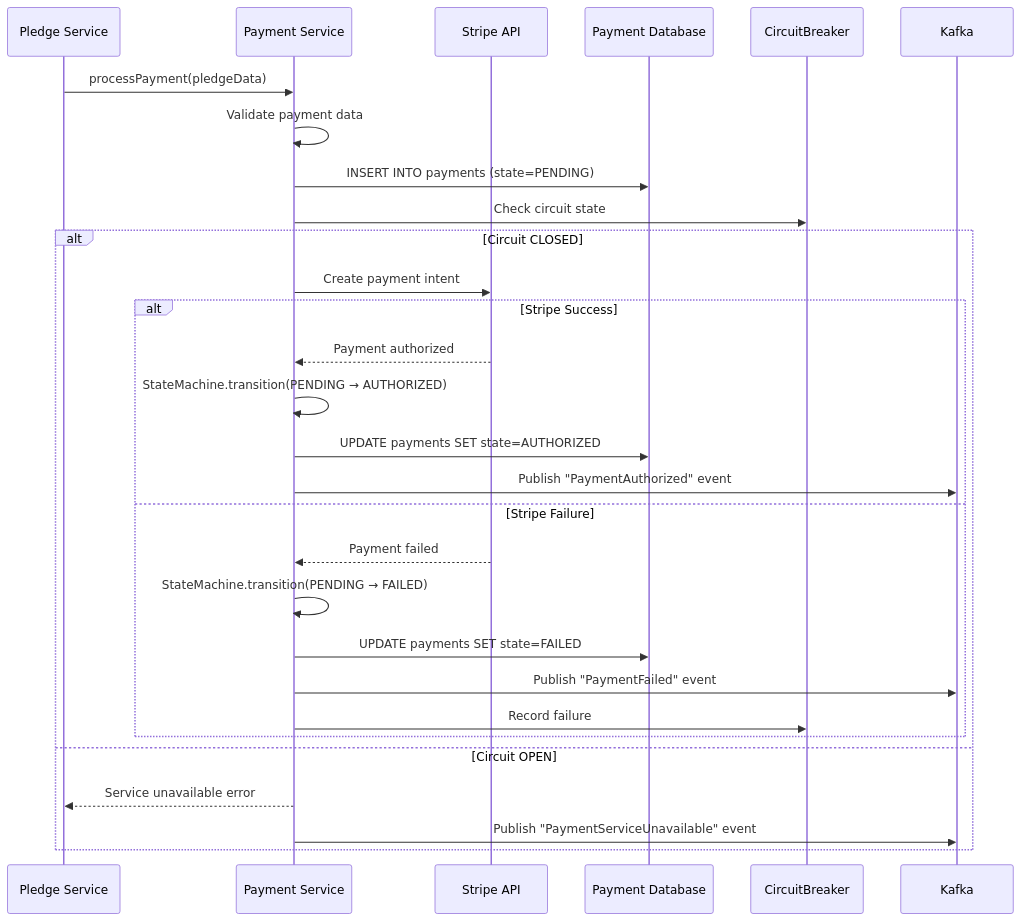
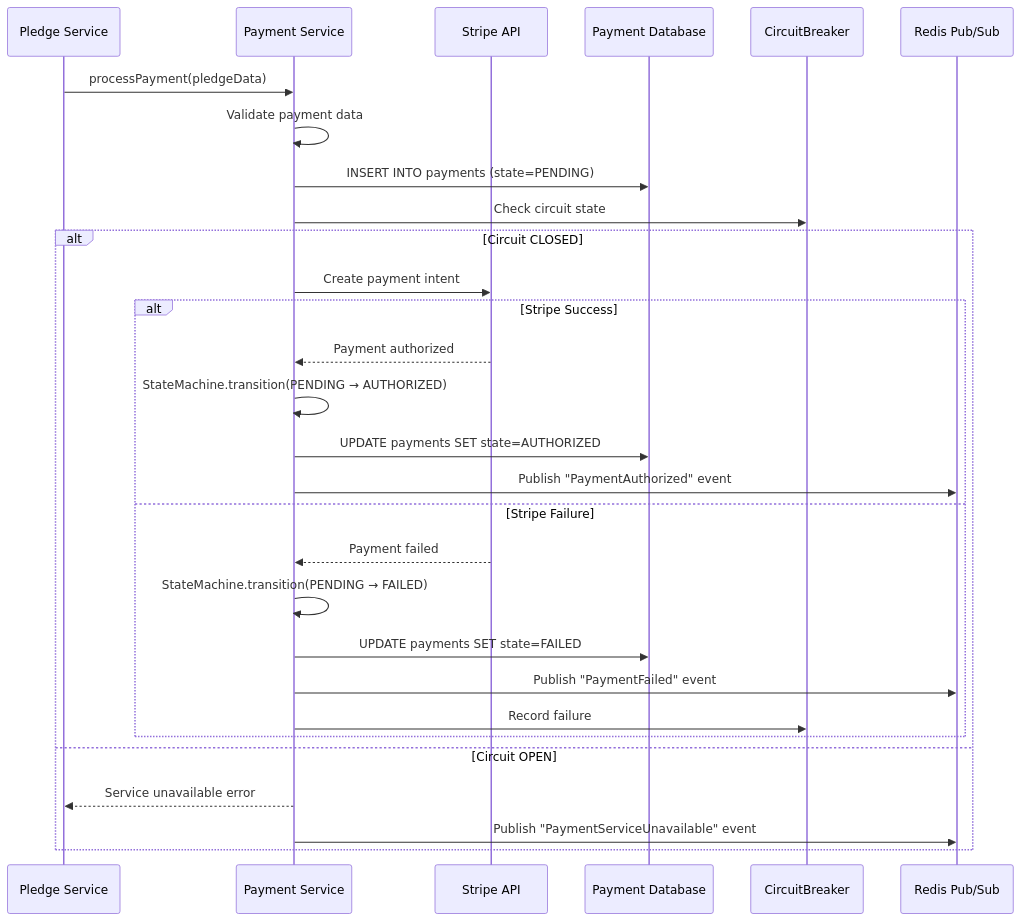
One commit to SM-Shaan/API_Hackathon_Innovatrix changed the sixth of 20 diagrams in docs/others/SYSTEM_FLOW.md. Above: the diagram before and after it, drawn with Mermaid. The commit also changed other lines of this file and 5 other files, not shown here.

First line of the commit message:
docs: add comprehensive architecture diagrams to README

````diff
--- a/docs/others/SYSTEM_FLOW.md
+++ b/docs/others/SYSTEM_FLOW.md
@@ -155,34 +155,34 @@
 ```mermaid
 sequenceDiagram
     participant PledgeSvc as Pledge Service
     participant PaymentSvc as Payment Service
     participant StripeAPI as Stripe API
     participant PaymentDB as Payment Database
     participant CircuitBreaker
-    participant Kafka
-    
+    participant RedisPubSub as Redis Pub/Sub
+
     PledgeSvc->>PaymentSvc: processPayment(pledgeData)
     PaymentSvc->>PaymentSvc: Validate payment data
     
     PaymentSvc->>PaymentDB: INSERT INTO payments (state=PENDING)
     PaymentSvc->>CircuitBreaker: Check circuit state
     
     alt Circuit CLOSED
         PaymentSvc->>StripeAPI: Create payment intent
         alt Stripe Success
             StripeAPI-->>PaymentSvc: Payment authorized
             PaymentSvc->>PaymentSvc: StateMachine.transition(PENDING → AUTHORIZED)
             PaymentSvc->>PaymentDB: UPDATE payments SET state=AUTHORIZED
-            PaymentSvc->>Kafka: Publish "PaymentAuthorized" event
+            PaymentSvc->>RedisPubSub: Publish "PaymentAuthorized" event
         else Stripe Failure
             StripeAPI-->>PaymentSvc: Payment failed
             PaymentSvc->>PaymentSvc: StateMachine.transition(PENDING → FAILED)
             PaymentSvc->>PaymentDB: UPDATE payments SET state=FAILED
-            PaymentSvc->>Kafka: Publish "PaymentFailed" event
+            PaymentSvc->>RedisPubSub: Publish "PaymentFailed" event
             PaymentSvc->>CircuitBreaker: Record failure
         end
     else Circuit OPEN
         PaymentSvc-->>PledgeSvc: Service unavailable error
-        PaymentSvc->>Kafka: Publish "PaymentServiceUnavailable" event
+        PaymentSvc->>RedisPubSub: Publish "PaymentServiceUnavailable" event
     end
 ```
````
